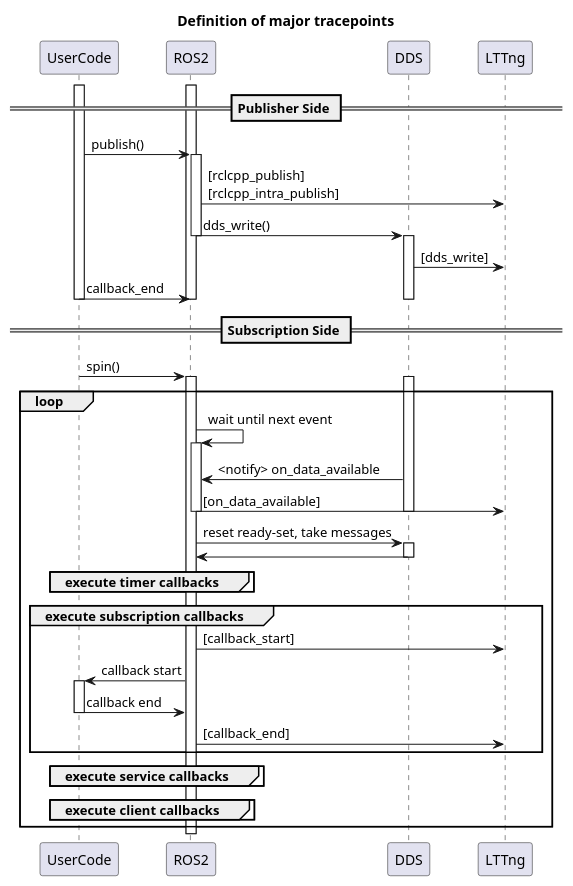
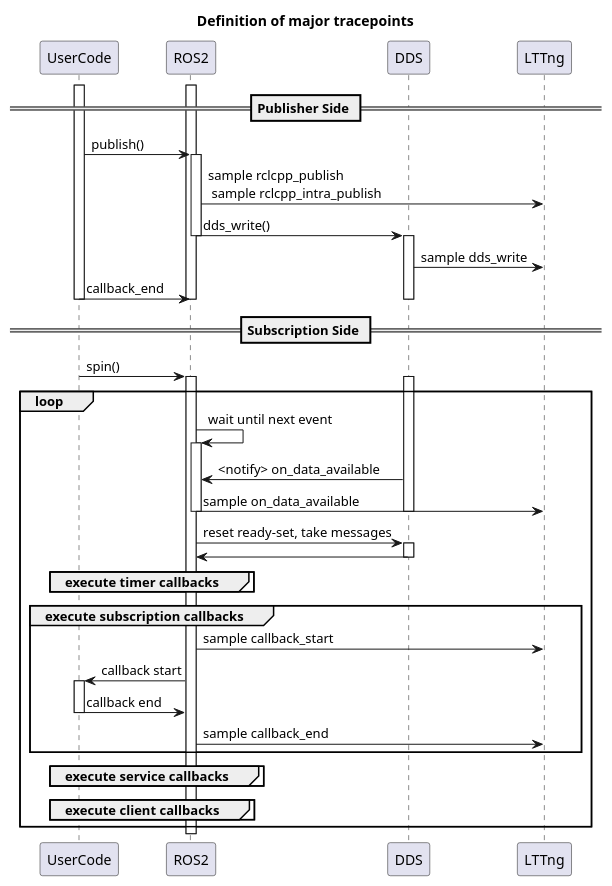
One commit to tier4/caret_doc changed the diagram in docs/design/latency_definitions/index.md. Above: the diagram before and after it, drawn with PlantUML. The commit also changed other lines of this file, not shown here.

````diff
--- a/docs/design/latency_definitions/index.md
+++ b/docs/design/latency_definitions/index.md
@@ -54,70 +55,70 @@
 ```plantuml
 @startuml
 title: Definition of major tracepoints
 
 participant UserCode
 participant ROS2
 participant DDS
 participant LTTng
 
 == Publisher Side ==
 
 activate ROS2
 activate UserCode
 UserCode -> ROS2: publish()
 activate ROS2
-ROS2 -> LTTng: [rclcpp_publish] \n[rclcpp_intra_publish]
+ROS2 -> LTTng: sample rclcpp_publish \n sample rclcpp_intra_publish
 
 
 ROS2 -> DDS: dds_write()
 deactivate ROS2
 activate DDS
-DDS -> LTTng: [dds_write]
+DDS -> LTTng: sample dds_write
 
 UserCode -> ROS2 : callback_end
 deactivate UserCode
 deactivate ROS2
 deactivate DDS
 
 
 == Subscription Side ==
 
 UserCode -> ROS2 : spin()
 activate DDS
 activate ROS2
 
 loop
     ROS2 -> ROS2 : wait until next event
     activate ROS2
     DDS -> ROS2: <notify> on_data_available
-    ROS2 -> LTTng : [on_data_available]
+    ROS2 -> LTTng : sample on_data_available
     deactivate ROS2
 
     deactivate DDS
     ROS2 -> DDS : reset ready-set, take messages
     activate DDS
     DDS -> ROS2
     deactivate DDS
 
     group execute timer callbacks
     end
 
     group execute subscription callbacks
-        ROS2 -> LTTng: [callback_start]
+        ROS2 -> LTTng: sample callback_start
         ROS2 -> UserCode: callback start
         activate UserCode
         UserCode -> ROS2: callback end
         deactivate UserCode
-        ROS2 -> LTTng: [callback_end]
+        ROS2 -> LTTng: sample callback_end
     end
 
     group execute service callbacks
     end
 
     group execute client callbacks
     end
 end
 
 deactivate ROS2
 @enduml
 ```
````
